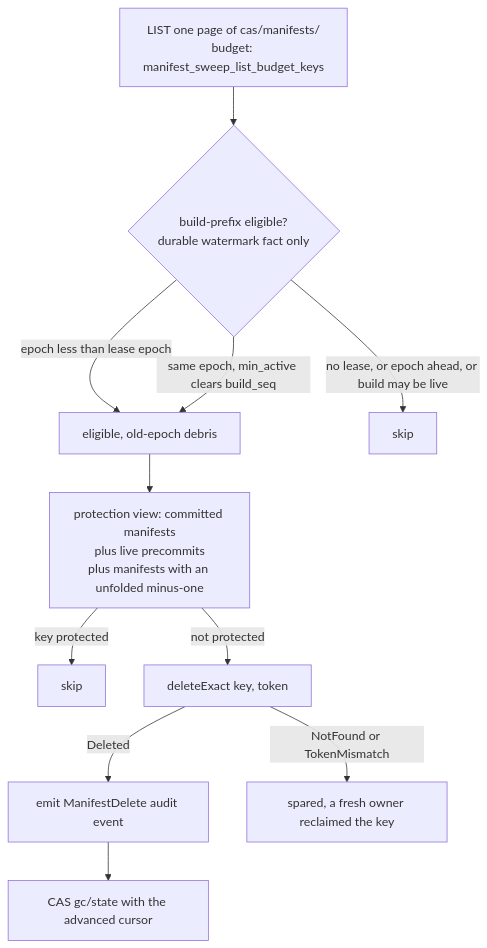
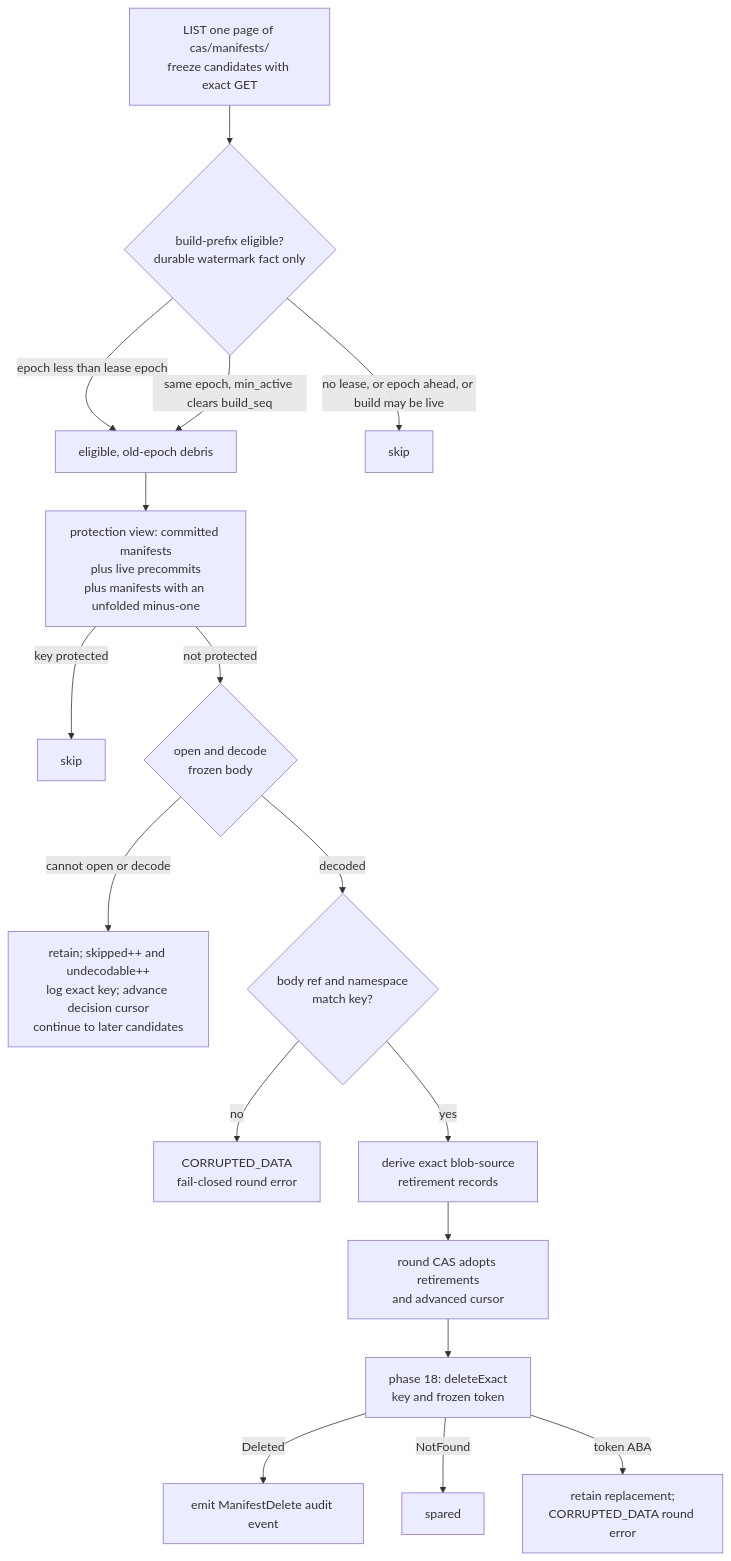
One commit to Altinity/ClickHouse changed the second of 3 diagrams in docs/en/antalya/cas/architecture/manifests-and-refs.md. Above: the diagram before and after it, drawn with Mermaid. The commit also changed other lines of this file and 3 other files, not shown here.

````diff
--- a/docs/en/antalya/cas/architecture/manifests-and-refs.md
+++ b/docs/en/antalya/cas/architecture/manifests-and-refs.md
@@ -98,13 +100,19 @@
 ```mermaid
 flowchart TD
-    A["LIST one page of cas/manifests/<br/>budget: manifest_sweep_list_budget_keys"] --> B{"build-prefix eligible?<br/>durable watermark fact only"}
+    A["LIST one page of cas/manifests/<br/>freeze candidates with exact GET"] --> B{"build-prefix eligible?<br/>durable watermark fact only"}
     B -->|"epoch less than lease epoch"| ELIG["eligible, old-epoch debris"]
     B -->|"same epoch, min_active clears build_seq"| ELIG
     B -->|"no lease, or epoch ahead, or build may be live"| SKIP["skip"]
     ELIG --> C["protection view: committed manifests<br/>plus live precommits<br/>plus manifests with an unfolded minus-one"]
     C -->|"key protected"| SKIP2["skip"]
-    C -->|"not protected"| D["deleteExact key, token"]
-    D -->|Deleted| E["emit ManifestDelete audit event"]
-    D -->|"NotFound or TokenMismatch"| SKIP3["spared, a fresh owner reclaimed the key"]
-    E --> F["CAS gc/state with the advanced cursor"]
+    C -->|"not protected"| D{"open and decode<br/>frozen body"}
+    D -->|"cannot open or decode"| U["retain; skipped++ and undecodable++<br/>log exact key; advance decision cursor<br/>continue to later candidates"]
+    D -->|decoded| I{"body ref and namespace<br/>match key?"}
+    I -->|no| BAD["CORRUPTED_DATA<br/>fail-closed round error"]
+    I -->|yes| R["derive exact blob-source<br/>retirement records"]
+    R --> F["round CAS adopts retirements<br/>and advanced cursor"]
+    F --> X["phase 18: deleteExact<br/>key and frozen token"]
+    X -->|Deleted| E["emit ManifestDelete audit event"]
+    X -->|NotFound| NF["spared"]
+    X -->|"token ABA"| ABA["retain replacement;<br/>CORRUPTED_DATA round error"]
 ```
````
